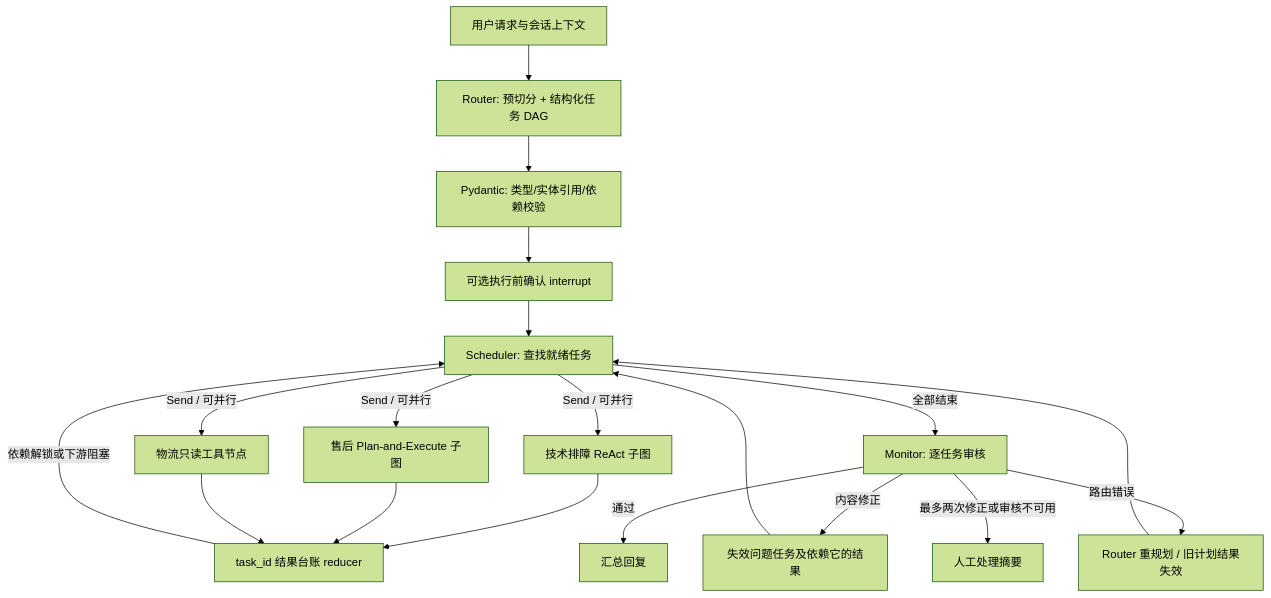
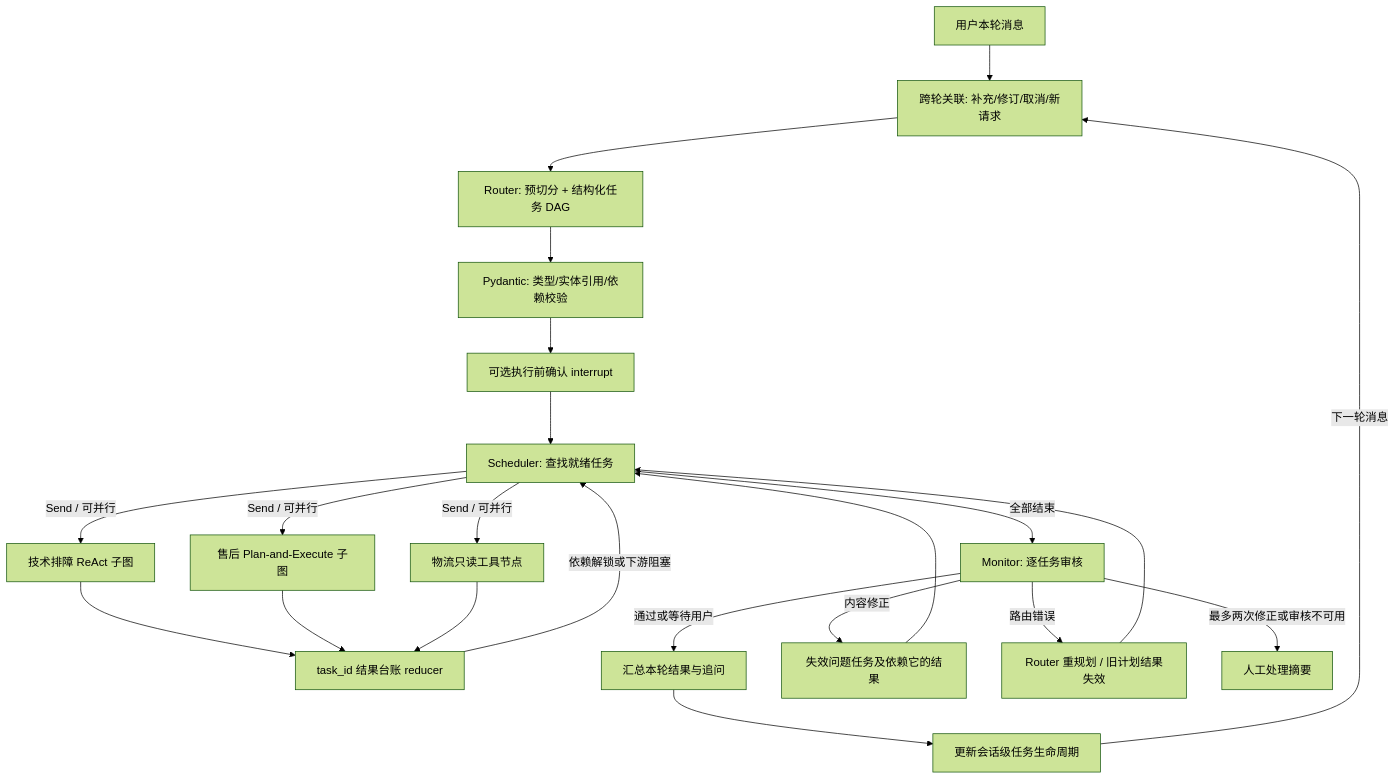
One commit to liaopeifan116-ui/DevMultiAgent changed the diagram in docs/architecture.md. Above: the diagram before and after it, drawn with Mermaid (forest theme). The commit also changed other lines of this file and 12 other files, not shown here.

````diff
--- a/docs/architecture.md
+++ b/docs/architecture.md
@@ -5,21 +5,24 @@
 ```mermaid
 flowchart TD
-    U[用户请求与会话上下文] --> R[Router: 预切分 + 结构化任务 DAG]
+    U[用户本轮消息] --> C[跨轮关联: 补充/修订/取消/新请求]
+    C --> R[Router: 预切分 + 结构化任务 DAG]
     R --> V[Pydantic: 类型/实体引用/依赖校验]
     V --> G[可选执行前确认 interrupt]
     G --> S[Scheduler: 查找就绪任务]
     S -->|Send / 可并行| T[技术排障 ReAct 子图]
     S -->|Send / 可并行| A[售后 Plan-and-Execute 子图]
     S -->|Send / 可并行| L[物流只读工具节点]
     T --> D[task_id 结果台账 reducer]
     A --> D
     L --> D
     D -->|依赖解锁或下游阻塞| S
     S -->|全部结束| M[Monitor: 逐任务审核]
-    M -->|通过| O[汇总回复]
+    M -->|通过或等待用户| O[汇总本轮结果与追问]
+    O --> D2[更新会话级任务生命周期]
+    D2 -->|下一轮消息| C
     M -->|内容修正| F[失效问题任务及依赖它的结果]
     F --> S
     M -->|路由错误| R2[Router 重规划 / 旧计划结果失效]
     R2 --> S
     M -->|最多两次修正或审核不可用| H[人工处理摘要]
 ```
````
